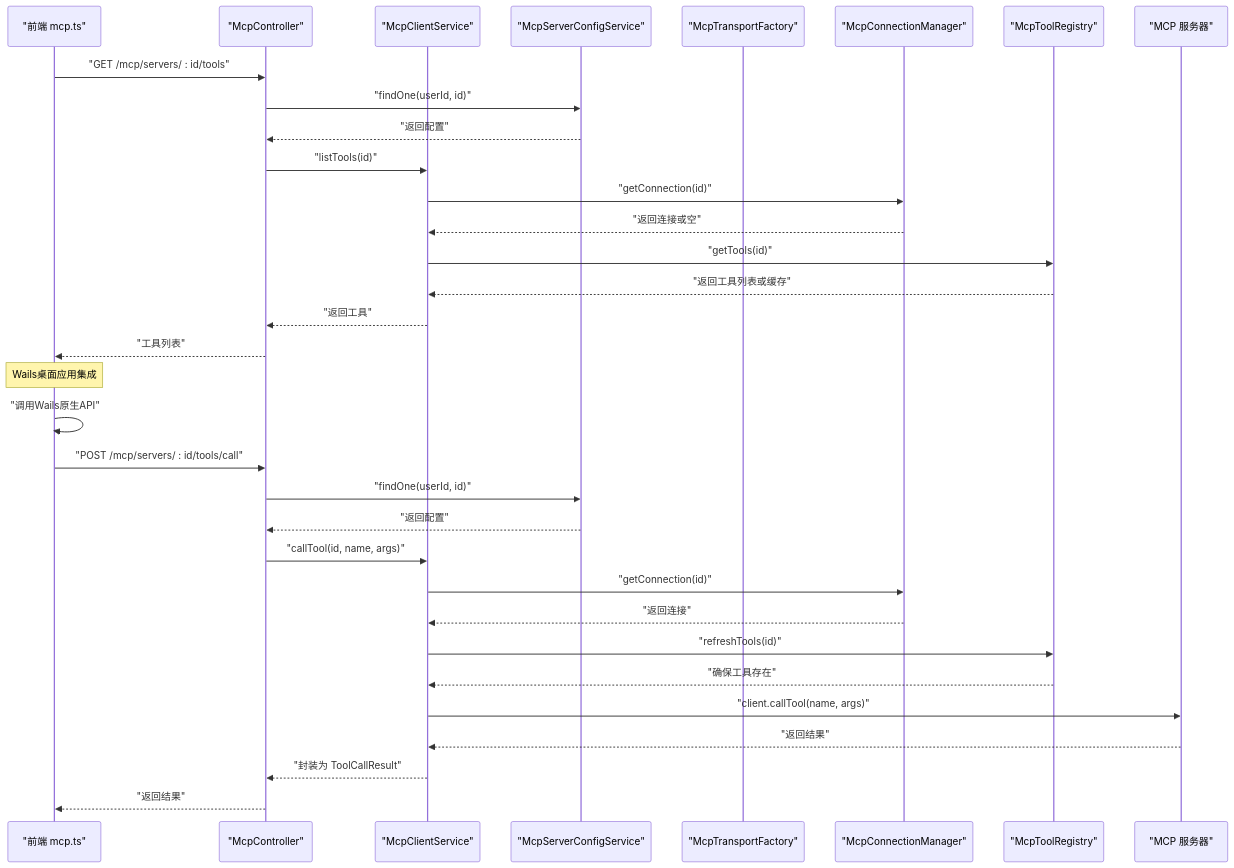
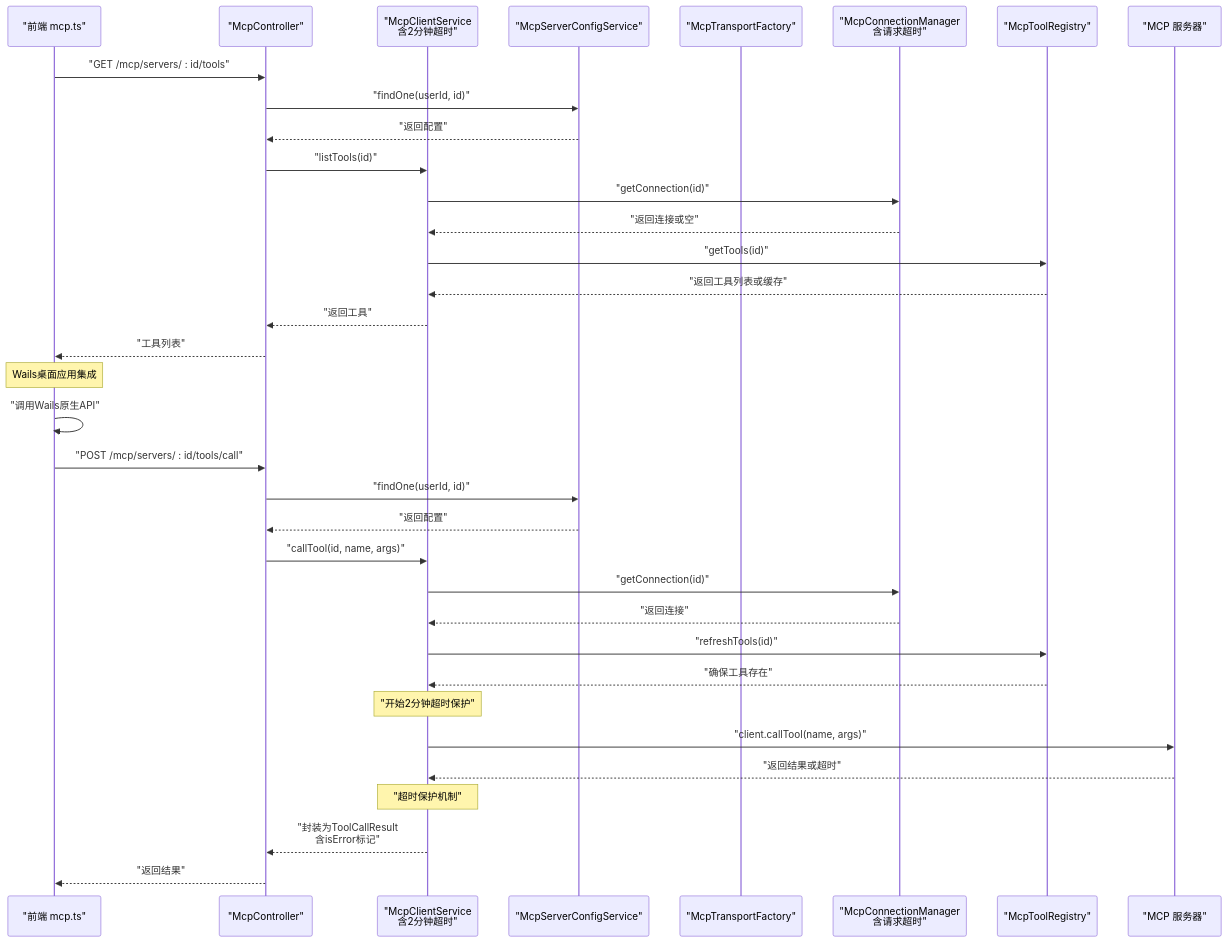
Before and after one commit to xixixiaoyu/Todo: the second of 16 diagrams in .qoder/repowiki/zh/content/核心模块/MCP工具系统/MCP客户端集成.md, drawn with Mermaid. The commit also changed other lines of this file and 3 other files, not shown here.

````diff
--- a/.qoder/repowiki/zh/content/核心模块/MCP工具系统/MCP客户端集成.md
+++ b/.qoder/repowiki/zh/content/核心模块/MCP工具系统/MCP客户端集成.md
@@ -172,35 +174,37 @@
 ```mermaid
 sequenceDiagram
 participant FE as "前端 mcp.ts"
 participant CTRL as "McpController"
-participant SVC as "McpClientService"
+participant SVC as "McpClientService<br/>含2分钟超时"
 participant CFG as "McpServerConfigService"
 participant TMF as "McpTransportFactory"
-participant CM as "McpConnectionManager"
+participant CM as "McpConnectionManager<br/>含请求超时"
 participant TR as "McpToolRegistry"
 participant MCP as "MCP 服务器"
 FE->>CTRL : "GET /mcp/servers/ : id/tools"
 CTRL->>CFG : "findOne(userId, id)"
 CFG-->>CTRL : "返回配置"
 CTRL->>SVC : "listTools(id)"
 SVC->>CM : "getConnection(id)"
 CM-->>SVC : "返回连接或空"
 SVC->>TR : "getTools(id)"
 TR-->>SVC : "返回工具列表或缓存"
 SVC-->>CTRL : "返回工具"
 CTRL-->>FE : "工具列表"
 Note over FE : Wails桌面应用集成
 FE->>FE : "调用Wails原生API"
 FE->>CTRL : "POST /mcp/servers/ : id/tools/call"
 CTRL->>CFG : "findOne(userId, id)"
 CFG-->>CTRL : "返回配置"
 CTRL->>SVC : "callTool(id, name, args)"
 SVC->>CM : "getConnection(id)"
 CM-->>SVC : "返回连接"
 SVC->>TR : "refreshTools(id)"
 TR-->>SVC : "确保工具存在"
+Note over SVC : "开始2分钟超时保护"
 SVC->>MCP : "client.callTool(name, args)"
-MCP-->>SVC : "返回结果"
-SVC-->>CTRL : "封装为 ToolCallResult"
+MCP-->>SVC : "返回结果或超时"
+Note over SVC : "超时保护机制"
+SVC-->>CTRL : "封装为ToolCallResult<br/>含isError标记"
 CTRL-->>FE : "返回结果"
 ```
````
